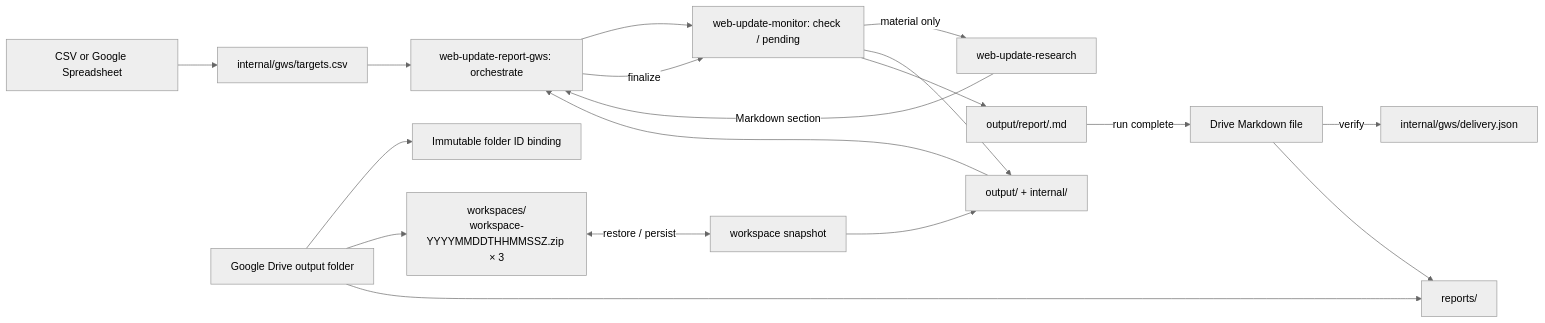
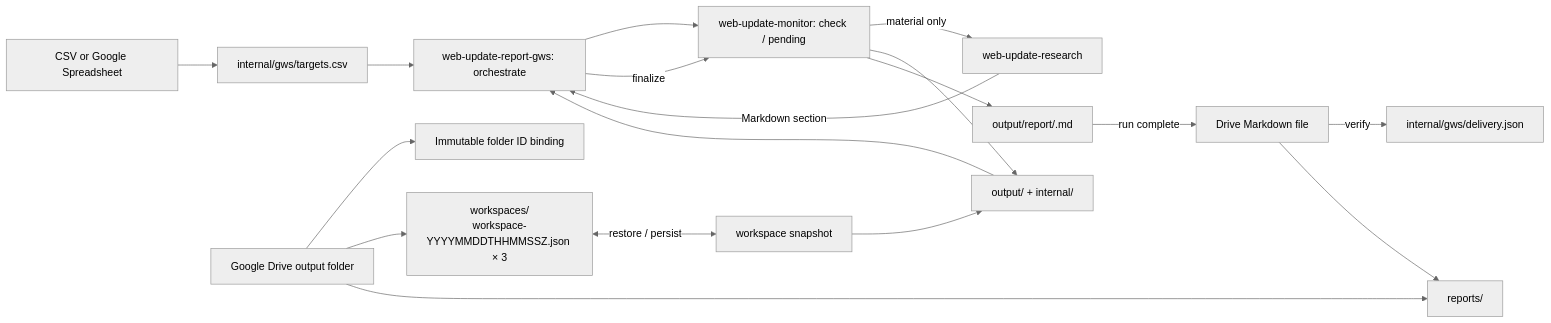
One commit to dceoy/wsum changed the first of 2 diagrams in README.md. Above: the diagram before and after it, drawn with Mermaid (neutral theme). The commit also changed other lines of this file and 5 other files, not shown here.

````diff
--- a/README.md
+++ b/README.md
@@ -37,20 +37,20 @@
 ```mermaid
 flowchart LR
     GS["CSV or Google Spreadsheet"] --> CSV["internal/gws/targets.csv"]
     DP["Google Drive output folder"] --> B["Immutable folder ID binding"]
-    DP --> DS["workspaces/<br/>workspace-YYYYMMDDTHHMMSSZ.zip × 3"]
+    DP --> DS["workspaces/<br/>workspace-YYYYMMDDTHHMMSSZ.json × 3"]
     DP --> DR["reports/"]
     DS <-->|restore / persist| WS["workspace snapshot"]
     WS --> WORKSPACE["output/ + internal/"]
     CSV --> ORCH["web-update-report-gws: orchestrate"]
     WORKSPACE --> ORCH
     ORCH --> CORE["web-update-monitor: check / pending"]
     CORE -->|material only| RESEARCH["web-update-research"]
     RESEARCH -->|Markdown section| ORCH
     ORCH -->|finalize| CORE
     CORE --> WORKSPACE
     CORE --> REPORT["output/report/<run-id>.md"]
     REPORT -->|run complete| GMD["Drive Markdown file"]
     GMD -->|verify| DELIVERY["internal/gws/delivery.json"]
     GMD --> DR
 ```
````
